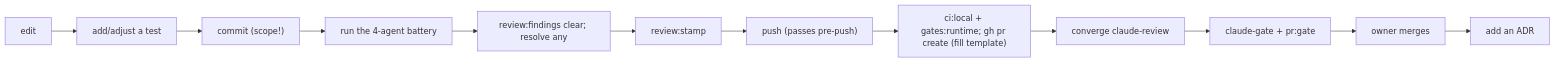
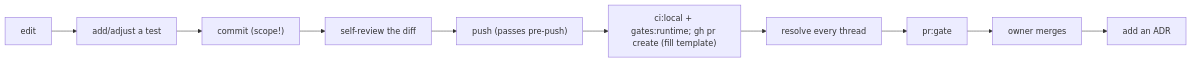
Before and after one commit to erikunha/portfolio: the diagram in docs/handbook/onboarding.md, drawn with Mermaid. The commit also changed other lines of this file and 77 other files, not shown here.

First line of the commit message:
chore(harness)!: remove the AI-review gate chain and every agent-runtime hook

````diff
--- a/docs/handbook/onboarding.md
+++ b/docs/handbook/onboarding.md
@@ -26,9 +26,8 @@
 ```mermaid
 flowchart LR
     edit["edit"] --> tdd["add/adjust a test"] --> commit["commit (scope!)"]
-    commit --> battery["run the 4-agent battery"] --> ledger["review:findings clear; resolve any"]
-    ledger --> stamp["review:stamp"] --> push["push (passes pre-push)"]
+    commit --> battery["self-review the diff"] --> push["push (passes pre-push)"]
     push --> pr["ci:local + gates:runtime; gh pr create (fill template)"]
-    pr --> conv["converge claude-review"] --> ready["claude-gate + pr:gate"] --> owner["owner merges"]
+    pr --> conv["resolve every thread"] --> ready["pr:gate"] --> owner["owner merges"]
     owner --> adr["add an ADR"]
 ```
````
